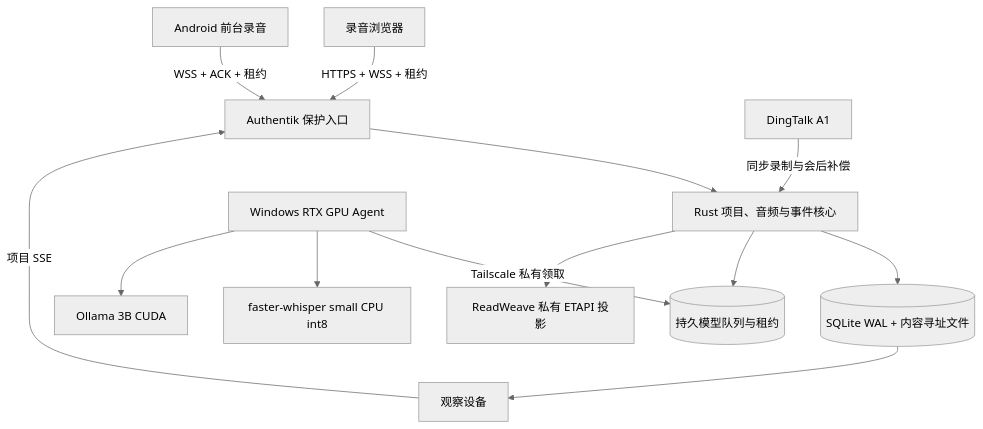
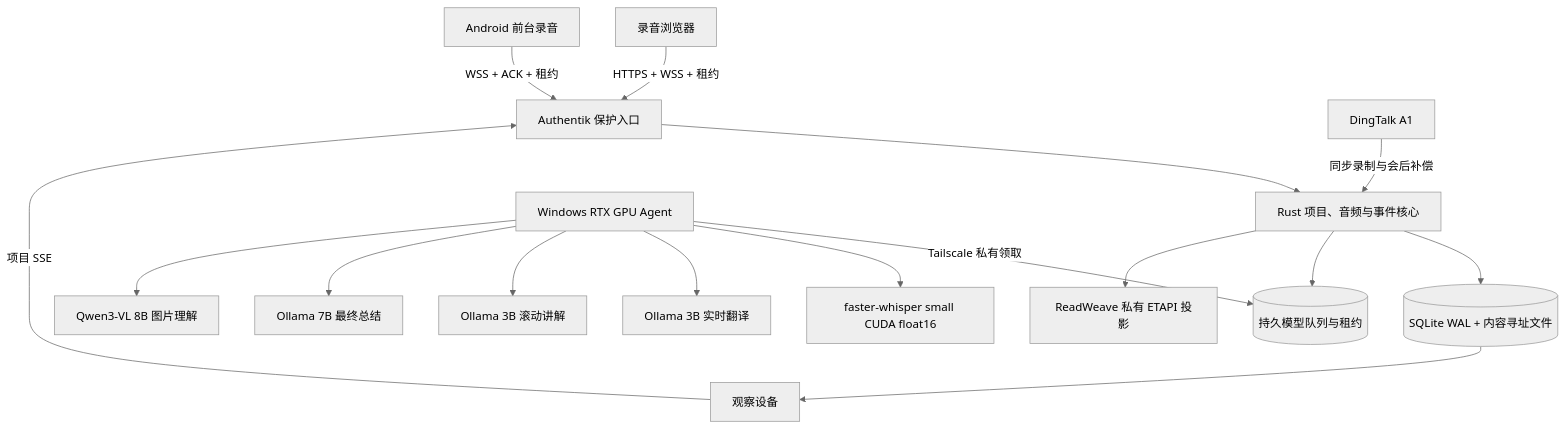
The diagram in README.md (AIALRA-0/AIALRA-LIVE-TRANSLATE), drawn with Mermaid (neutral theme) before and after one commit. The commit also changed other lines of this file and 57 other files, not shown here.

````diff
--- a/README.md
+++ b/README.md
@@ -38,15 +38,18 @@
 ```mermaid
 flowchart TD
   BrowserA[录音浏览器] -->|HTTPS + WSS + 租约| Auth[Authentik 保护入口]
   BrowserB[观察设备] -->|项目 SSE| Auth
   Android[Android 前台录音] -->|WSS + ACK + 租约| Auth
   A1[DingTalk A1] -->|同步录制与会后补偿| Core
   Auth --> Core[Rust 项目、音频与事件核心]
   Core --> Store[(SQLite WAL + 内容寻址文件)]
   Core --> Queue[(持久模型队列与租约)]
   Agent[Windows RTX GPU Agent] -->|Tailscale 私有领取| Queue
-  Agent --> ASR[faster-whisper small CPU int8]
-  Agent --> LLM[Ollama 3B CUDA]
+  Agent --> ASR[faster-whisper small CUDA float16]
+  Agent --> Translate[Ollama 3B 实时翻译]
+  Agent --> Explain[Ollama 3B 滚动讲解]
+  Agent --> Summary[Ollama 7B 最终总结]
+  Agent --> Vision[Qwen3-VL 8B 图片理解]
   Core --> Notes[ReadWeave 私有 ETAPI 投影]
   Store --> BrowserB
 ```
````
